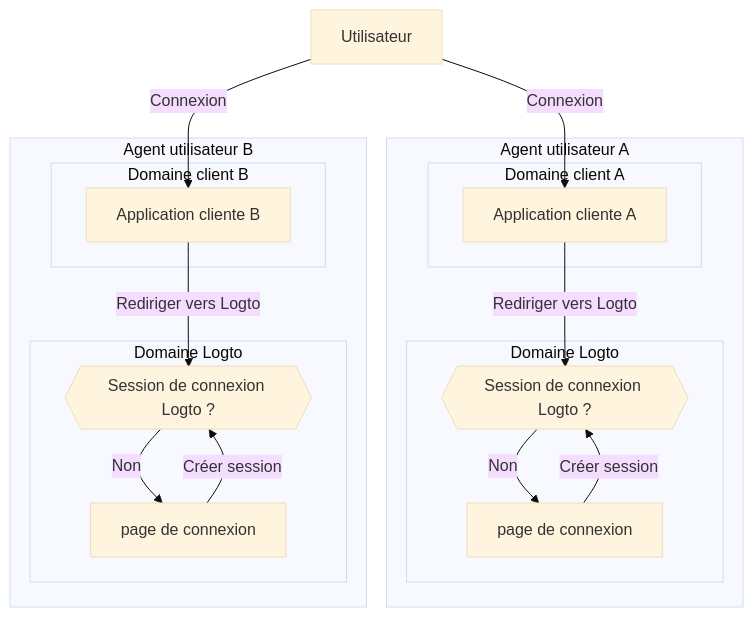
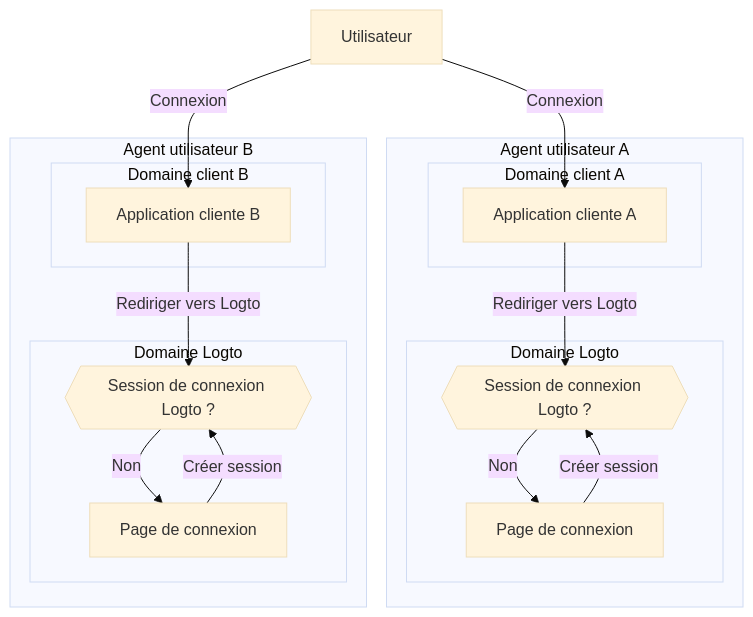
The third of 3 diagrams in i18n/fr/docusaurus-plugin-content-docs/current/end-user-flows/sign-out.mdx (logto-io/docs), drawn with Mermaid (base theme) before and after one commit. The commit also changed other lines of this file and 67 other files, not shown here.

````diff
--- a/i18n/fr/docusaurus-plugin-content-docs/current/end-user-flows/sign-out.mdx
+++ b/i18n/fr/docusaurus-plugin-content-docs/current/end-user-flows/sign-out.mdx
@@ -89,35 +89,35 @@
    ```mermaid
     flowchart TD
     U[Utilisateur]
 
     subgraph DeviceA [Agent utilisateur A]
       subgraph Layer1 [Domaine client A]
         A[Application cliente A]
       end
 
       subgraph Layer2 [Domaine Logto]
           C{{Session de connexion Logto ?}}
-          D[page de connexion]
+          D[Page de connexion]
       end
     end
 
     subgraph DeviceB [Agent utilisateur B]
       subgraph Layer3 [Domaine client B]
         B[Application cliente B]
       end
 
       subgraph Layer4 [Domaine Logto]
           E{{Session de connexion Logto ?}}
-          F[page de connexion]
+          F[Page de connexion]
       end
     end
 
     U --> |Connexion| A
     A --> |Rediriger vers Logto| C
     U --> |Connexion| B
     B --> |Rediriger vers Logto| E
     C --> |Non| D
     E --> |Non| F
     D --> |Créer session| C
     F --> |Créer session| E
    ```
````
